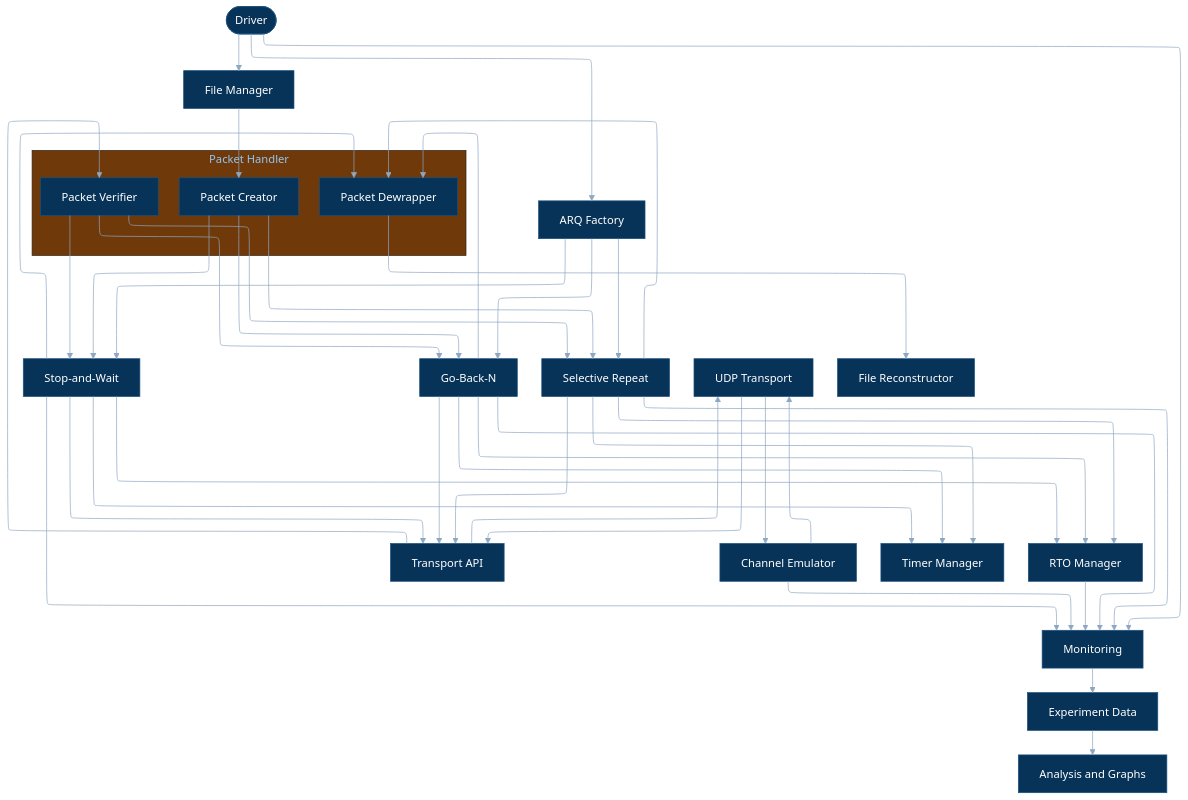
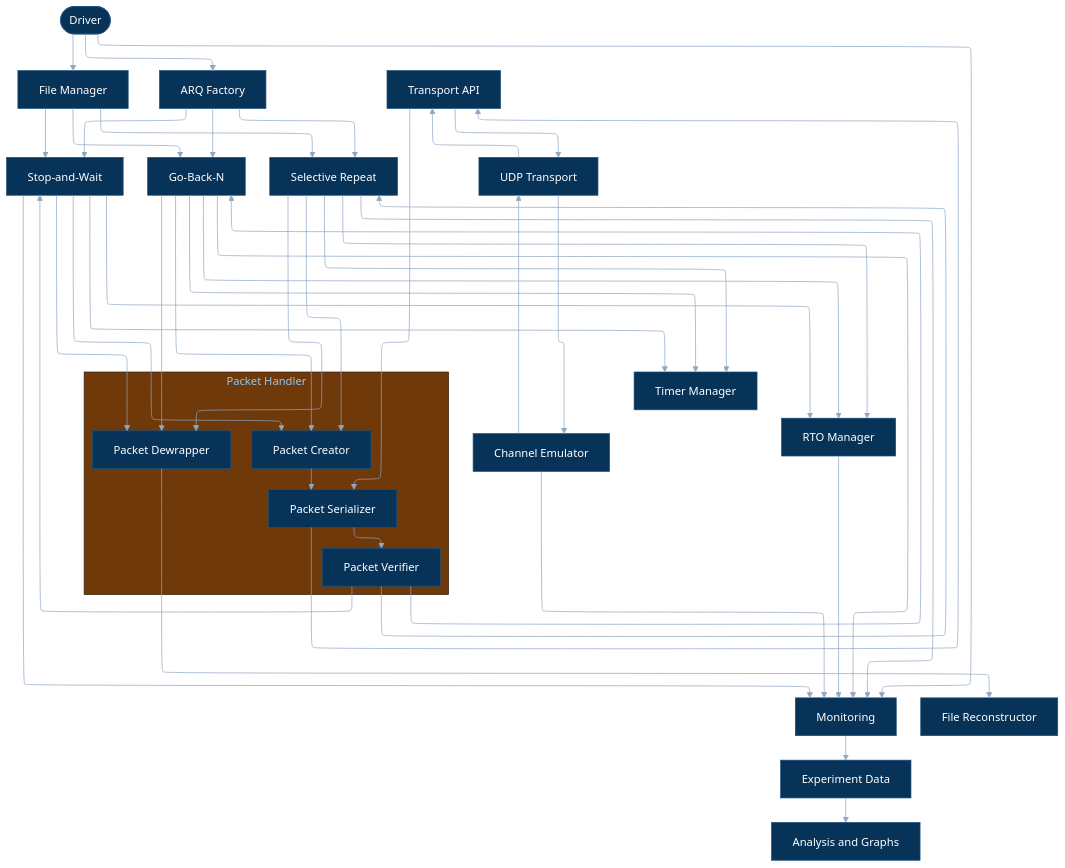
The first of 8 diagrams in docs/architecture.md (Siddharth-Nath-06/Reliable-UDP), drawn with Mermaid before and after one commit. The commit also changed other lines of this file, not shown here.

Commit message:
correct data flow of packet creation

```diff
--- a/docs/architecture.md
+++ b/docs/architecture.md
@@ -25,7 +25,8 @@
     subgraph PH[Packet Handler]
         C1[Packet Creator]
         C2[Packet Verifier]
-        C3[Packet Dewrapper]
+        C3[Packet Serializer]
+        C4[Packet Dewrapper]
     end
 
     D[ARQ Factory]
@@ -52,30 +53,34 @@
     D --> F
     D --> G
 
-    B --> C1
-    C1 --> E
-    C1 --> F
-    C1 --> G
+    B --> E
+    B --> F
+    B --> G
 
-    E --> H
-    F --> H
-    G --> H
+    E --> C1
+    F --> C1
+    G --> C1
 
+    C1 --> C3
+
+    C3 --> H
     H --> I
     I --> J
     J --> I
     I --> H
 
-    H --> C2
+    H --> C3
+    C3 --> C2
+
     C2 --> E
     C2 --> F
     C2 --> G
 
-    E --> C3
-    F --> C3
-    G --> C3
+    E --> C4
+    F --> C4
+    G --> C4
 
-    C3 --> P
+    C4 --> P
 
     E --> K
     F --> K
```
